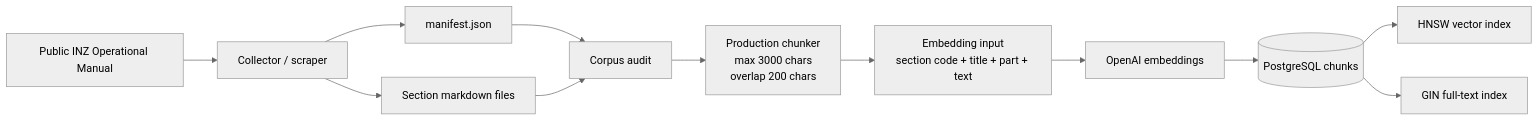
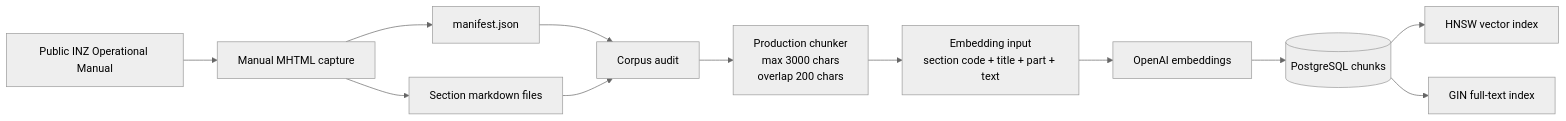
One commit to aperasmo/waypoint changed the sixth of 7 diagrams in docs/Waypoint_Architecture_and_Question_Flow.md. Above: the diagram before and after it, drawn with Mermaid (neutral theme). The commit also changed 9 other files, not shown here.

````diff
--- a/docs/Waypoint_Architecture_and_Question_Flow.md
+++ b/docs/Waypoint_Architecture_and_Question_Flow.md
@@ -350,14 +350,14 @@
 ```mermaid
 flowchart LR
-    INZ[Public INZ Operational Manual] --> COLLECT[Collector / scraper]
+    INZ[Public INZ Operational Manual] --> COLLECT[Manual MHTML capture]
     COLLECT --> MAN[manifest.json]
     COLLECT --> MD[Section markdown files]
     MAN --> AUDIT[Corpus audit]
     MD --> AUDIT
     AUDIT --> CHUNK[Production chunker\nmax 3000 chars\noverlap 200 chars]
     CHUNK --> E[Embedding input\nsection code + title + part + text]
     E --> OAI[OpenAI embeddings]
     OAI --> PG[(PostgreSQL chunks)]
     PG --> HNSW[HNSW vector index]
     PG --> GIN[GIN full-text index]
 ```
````
